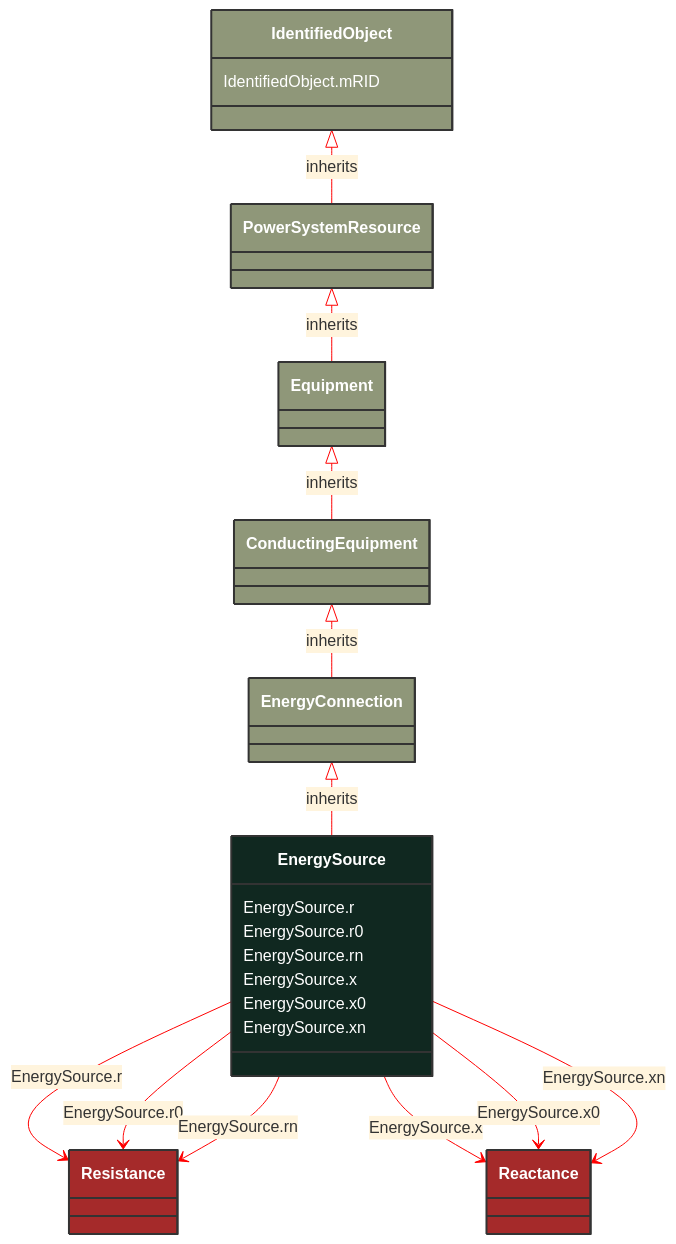
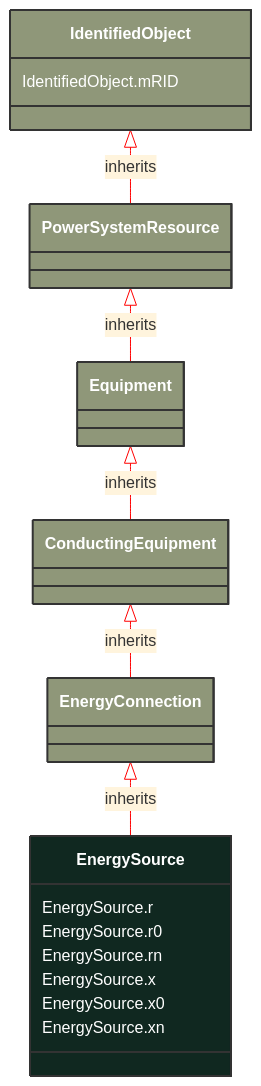
One commit to 3lbits/NoCIMExtensions changed the diagram in docs/Models/Profiles/ShortCircuit/ConcreteClasses/EnergySource.md. Above: the diagram before and after it, drawn with Mermaid. The commit also changed other lines of this file and 397 other files, not shown here.

First line of the commit message:
Refactor CIM schemas to introduce abstract classes and consolidate data types

````diff
--- a/docs/Models/Profiles/ShortCircuit/ConcreteClasses/EnergySource.md
+++ b/docs/Models/Profiles/ShortCircuit/ConcreteClasses/EnergySource.md
@@ -8,67 +8,37 @@
 ```mermaid
 %%{init: {'theme':'base','themeVariables': {'lineColor': '#FF0000'}}}%%
 classDiagram
     class EnergySource
     click EnergySource href "/Models/Profiles/ShortCircuit/ConcreteClasses/EnergySource/"
     style EnergySource fill:#102820,stroke:#333,stroke-width:2px,rx:10,ry:10,color:white
      
         EnergyConnection <|-- EnergySource : inherits
-            click EnergyConnection href "/Models/Profiles/ShortCircuit/ConcreteClasses/EnergyConnection/"
+            click EnergyConnection href "/Models/Profiles/ShortCircuit/AbstractClasses/EnergyConnection/"
             style EnergyConnection fill:#8F9779,stroke:#333,stroke-width:2px,rx:10,ry:10,color:white
      
         ConductingEquipment <|-- EnergyConnection : inherits
-            click ConductingEquipment href "/Models/Profiles/ShortCircuit/ConcreteClasses/ConductingEquipment/"
+            click ConductingEquipment href "/Models/Profiles/ShortCircuit/AbstractClasses/ConductingEquipment/"
             style ConductingEquipment fill:#8F9779,stroke:#333,stroke-width:2px,rx:10,ry:10,color:white
      
         Equipment <|-- ConductingEquipment : inherits
-            click Equipment href "/Models/Profiles/ShortCircuit/ConcreteClasses/Equipment/"
+            click Equipment href "/Models/Profiles/ShortCircuit/AbstractClasses/Equipment/"
             style Equipment fill:#8F9779,stroke:#333,stroke-width:2px,rx:10,ry:10,color:white
      
         PowerSystemResource <|-- Equipment : inherits
-            click PowerSystemResource href "/Models/Profiles/ShortCircuit/ConcreteClasses/PowerSystemResource/"
+            click PowerSystemResource href "/Models/Profiles/ShortCircuit/AbstractClasses/PowerSystemResource/"
             style PowerSystemResource fill:#8F9779,stroke:#333,stroke-width:2px,rx:10,ry:10,color:white
      
         IdentifiedObject <|-- PowerSystemResource : inherits
-            click IdentifiedObject href "/Models/Profiles/ShortCircuit/ConcreteClasses/IdentifiedObject/"
+            click IdentifiedObject href "/Models/Profiles/ShortCircuit/AbstractClasses/IdentifiedObject/"
             style IdentifiedObject fill:#8F9779,stroke:#333,stroke-width:2px,rx:10,ry:10,color:white
 
-        EnergySource --> Resistance : EnergySource.r
-
-        Resistance
-            click Resistance href "/Models/Profiles/ShortCircuit/ConcreteClasses/Resistance/"
-            style Resistance fill:#A52A2A,stroke:#333,stroke-width:2px,rx:10,ry:10,color:white
-        EnergySource --> Resistance : EnergySource.r0
-
-        Resistance
-            click Resistance href "/Models/Profiles/ShortCircuit/ConcreteClasses/Resistance/"
-            style Resistance fill:#A52A2A,stroke:#333,stroke-width:2px,rx:10,ry:10,color:white
-        EnergySource --> Resistance : EnergySource.rn
-
-        Resistance
-            click Resistance href "/Models/Profiles/ShortCircuit/ConcreteClasses/Resistance/"
-            style Resistance fill:#A52A2A,stroke:#333,stroke-width:2px,rx:10,ry:10,color:white
-        EnergySource --> Reactance : EnergySource.x
-
-        Reactance
-            click Reactance href "/Models/Profiles/ShortCircuit/ConcreteClasses/Reactance/"
-            style Reactance fill:#A52A2A,stroke:#333,stroke-width:2px,rx:10,ry:10,color:white
-        EnergySource --> Reactance : EnergySource.x0
-
-        Reactance
-            click Reactance href "/Models/Profiles/ShortCircuit/ConcreteClasses/Reactance/"
-            style Reactance fill:#A52A2A,stroke:#333,stroke-width:2px,rx:10,ry:10,color:white
-        EnergySource --> Reactance : EnergySource.xn
-
-        Reactance
-            click Reactance href "/Models/Profiles/ShortCircuit/ConcreteClasses/Reactance/"
-            style Reactance fill:#A52A2A,stroke:#333,stroke-width:2px,rx:10,ry:10,color:white
 
 
         EnergySource : EnergySource.r
         EnergySource : EnergySource.r0
         EnergySource : EnergySource.rn
         EnergySource : EnergySource.x
         EnergySource : EnergySource.x0
         EnergySource : EnergySource.xn
         IdentifiedObject : IdentifiedObject.mRID
 ```
````
